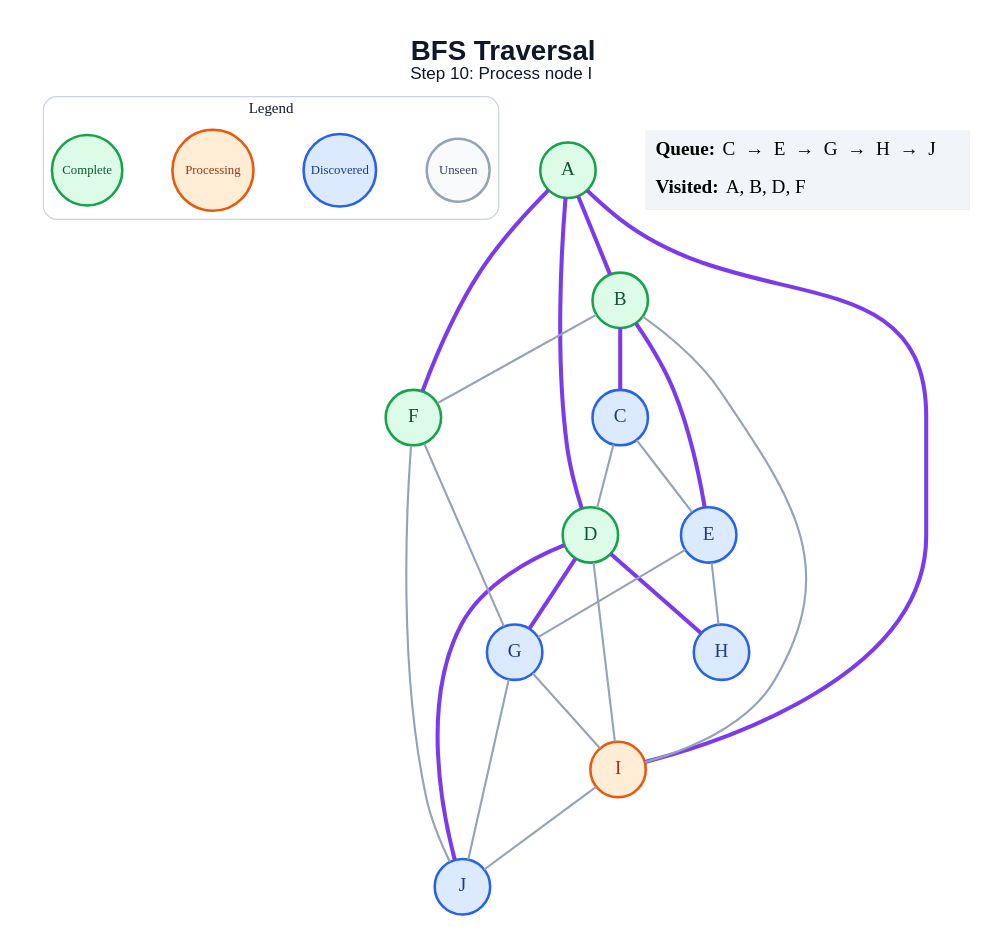
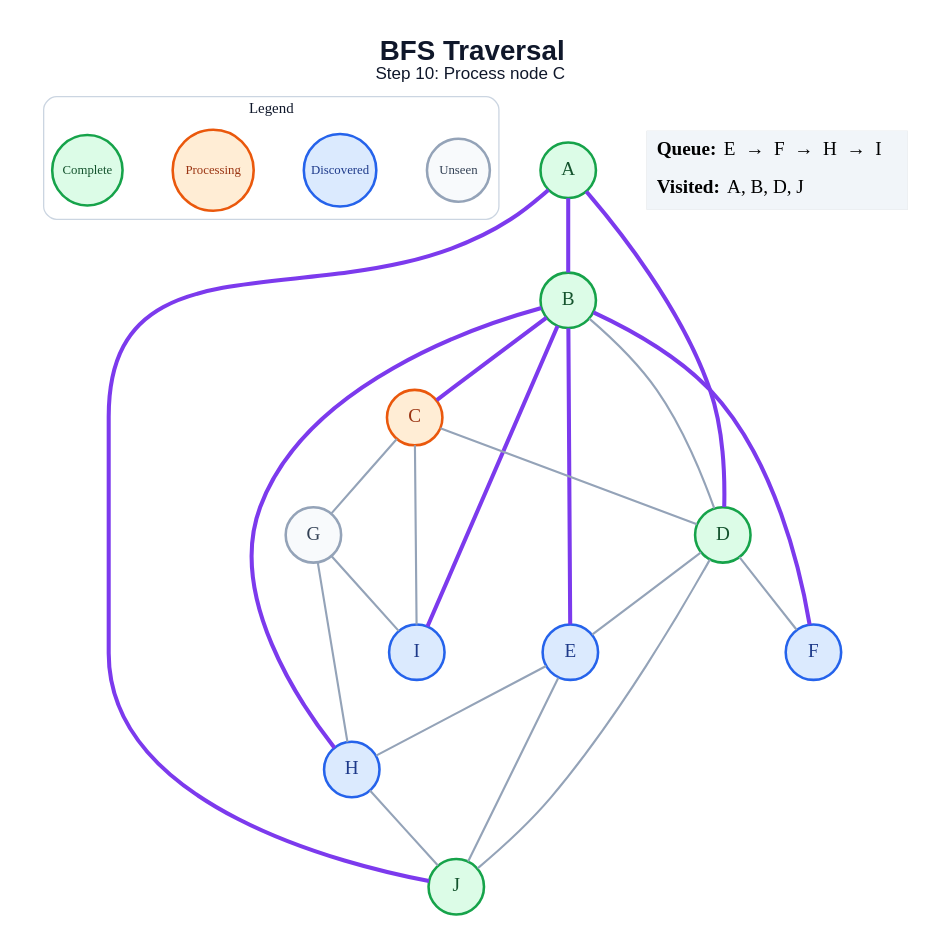
The diagram in generated/bfs/step_10.dot (amanghodawala9/ai-slop), drawn with Graphviz before and after one commit. The commit also changed 178 other files, not shown here.

```diff
--- a/generated/bfs/step_10.dot
+++ b/generated/bfs/step_10.dot
@@ -1,50 +1,49 @@
 graph traversal {
   graph [layout=dot, rankdir=TB, bgcolor="#FFFFFF", pad="0.35", nodesep="0.65", ranksep="0.8", fontname="Arial"];
   node [shape=circle, style="filled", fontname="Arial Bold", fontsize=18, width=0.72, fixedsize=true, penwidth=2.4];
   edge [color="#94A3B8", penwidth=2.0];
-  label=<<B>BFS Traversal</B><BR/><FONT POINT-SIZE="16">Step 10: Process node I</FONT>>; labelloc="t"; fontsize=26; fontname="Arial"; fontcolor="#0F172A";
+  label=<<B>BFS Traversal</B><BR/><FONT POINT-SIZE="16">Step 10: Process node C</FONT>>; labelloc="t"; fontsize=26; fontname="Arial"; fontcolor="#0F172A";
   subgraph cluster_legend { label="Legend"; color="#CBD5E1"; penwidth=1.2; style="rounded"; fontsize=14; fontname="Arial Bold";
     key_unseen [label="Unseen", fillcolor="#F8FAFC", color="#94A3B8", fontcolor="#334155", fontsize=12, width=0.82];
     key_frontier [label="Discovered", fillcolor="#DBEAFE", color="#2563EB", fontcolor="#1E3A8A", fontsize=12, width=0.95];
     key_current [label="Processing", fillcolor="#FFEDD5", color="#EA580C", fontcolor="#9A3412", fontsize=12, width=1.05];
     key_done [label="Complete", fillcolor="#DCFCE7", color="#16A34A", fontcolor="#14532D", fontsize=12, width=0.92];
     { rank=same; key_unseen; key_frontier; key_current; key_done; }
   }
   A [fillcolor="#DCFCE7", color="#16A34A", fontcolor="#14532D"];
   B [fillcolor="#DCFCE7", color="#16A34A", fontcolor="#14532D"];
-  C [fillcolor="#DBEAFE", color="#2563EB", fontcolor="#1E3A8A"];
+  C [fillcolor="#FFEDD5", color="#EA580C", fontcolor="#9A3412"];
   D [fillcolor="#DCFCE7", color="#16A34A", fontcolor="#14532D"];
   E [fillcolor="#DBEAFE", color="#2563EB", fontcolor="#1E3A8A"];
-  F [fillcolor="#DCFCE7", color="#16A34A", fontcolor="#14532D"];
-  G [fillcolor="#DBEAFE", color="#2563EB", fontcolor="#1E3A8A"];
+  F [fillcolor="#DBEAFE", color="#2563EB", fontcolor="#1E3A8A"];
+  G [fillcolor="#F8FAFC", color="#94A3B8", fontcolor="#334155"];
   H [fillcolor="#DBEAFE", color="#2563EB", fontcolor="#1E3A8A"];
-  I [fillcolor="#FFEDD5", color="#EA580C", fontcolor="#9A3412"];
-  J [fillcolor="#DBEAFE", color="#2563EB", fontcolor="#1E3A8A"];
+  I [fillcolor="#DBEAFE", color="#2563EB", fontcolor="#1E3A8A"];
+  J [fillcolor="#DCFCE7", color="#16A34A", fontcolor="#14532D"];
   A -- B [color="#7C3AED", penwidth=3.8];
   A -- D [color="#7C3AED", penwidth=3.8];
-  A -- F [color="#7C3AED", penwidth=3.8];
-  A -- I [color="#7C3AED", penwidth=3.8];
+  A -- J [color="#7C3AED", penwidth=3.8];
   B -- C [color="#7C3AED", penwidth=3.8];
+  B -- D;
   B -- E [color="#7C3AED", penwidth=3.8];
-  B -- F;
-  B -- I;
+  B -- F [color="#7C3AED", penwidth=3.8];
+  B -- H [color="#7C3AED", penwidth=3.8];
+  B -- I [color="#7C3AED", penwidth=3.8];
   C -- D;
-  C -- E;
-  D -- G [color="#7C3AED", penwidth=3.8];
-  D -- H [color="#7C3AED", penwidth=3.8];
-  D -- I;
-  D -- J [color="#7C3AED", penwidth=3.8];
-  E -- G;
+  C -- G;
+  C -- I;
+  D -- E;
+  D -- F;
+  D -- J;
   E -- H;
-  F -- G;
-  F -- J;
+  E -- J;
+  G -- H;
   G -- I;
-  G -- J;
-  I -- J;
+  H -- J;
   status [shape=plain, fixedsize=false, width=0, height=0, margin=0, label=<
     <TABLE BORDER="0" CELLBORDER="0" CELLPADDING="7" BGCOLOR="#F1F5F9">
-      <TR><TD ALIGN="LEFT"><B>Queue:</B> C  →  E  →  G  →  H  →  J</TD></TR>
-      <TR><TD ALIGN="LEFT"><B>Visited:</B> A, B, D, F</TD></TR>
+      <TR><TD ALIGN="LEFT"><B>Queue:</B> E  →  F  →  H  →  I</TD></TR>
+      <TR><TD ALIGN="LEFT"><B>Visited:</B> A, B, D, J</TD></TR>
     </TABLE>
   >];
 }
```
